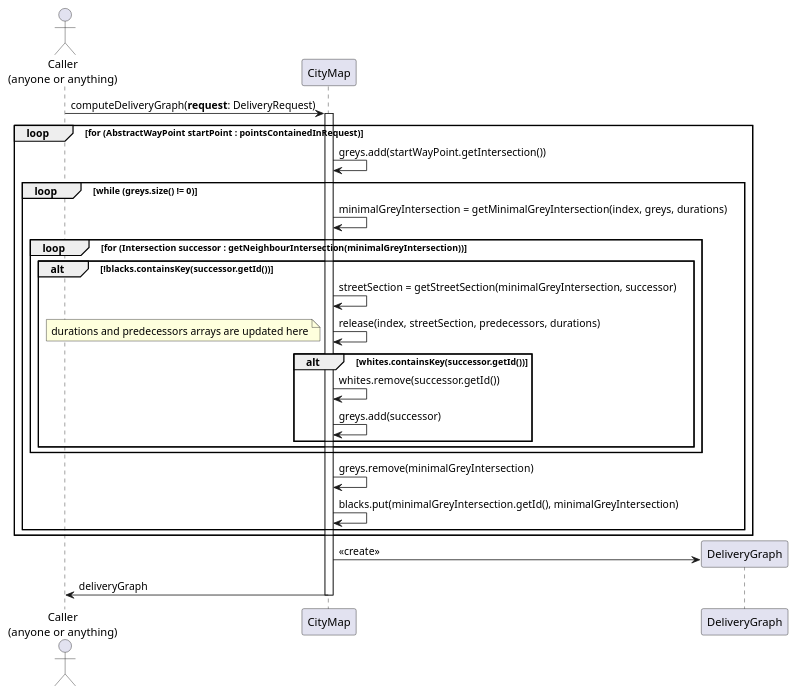
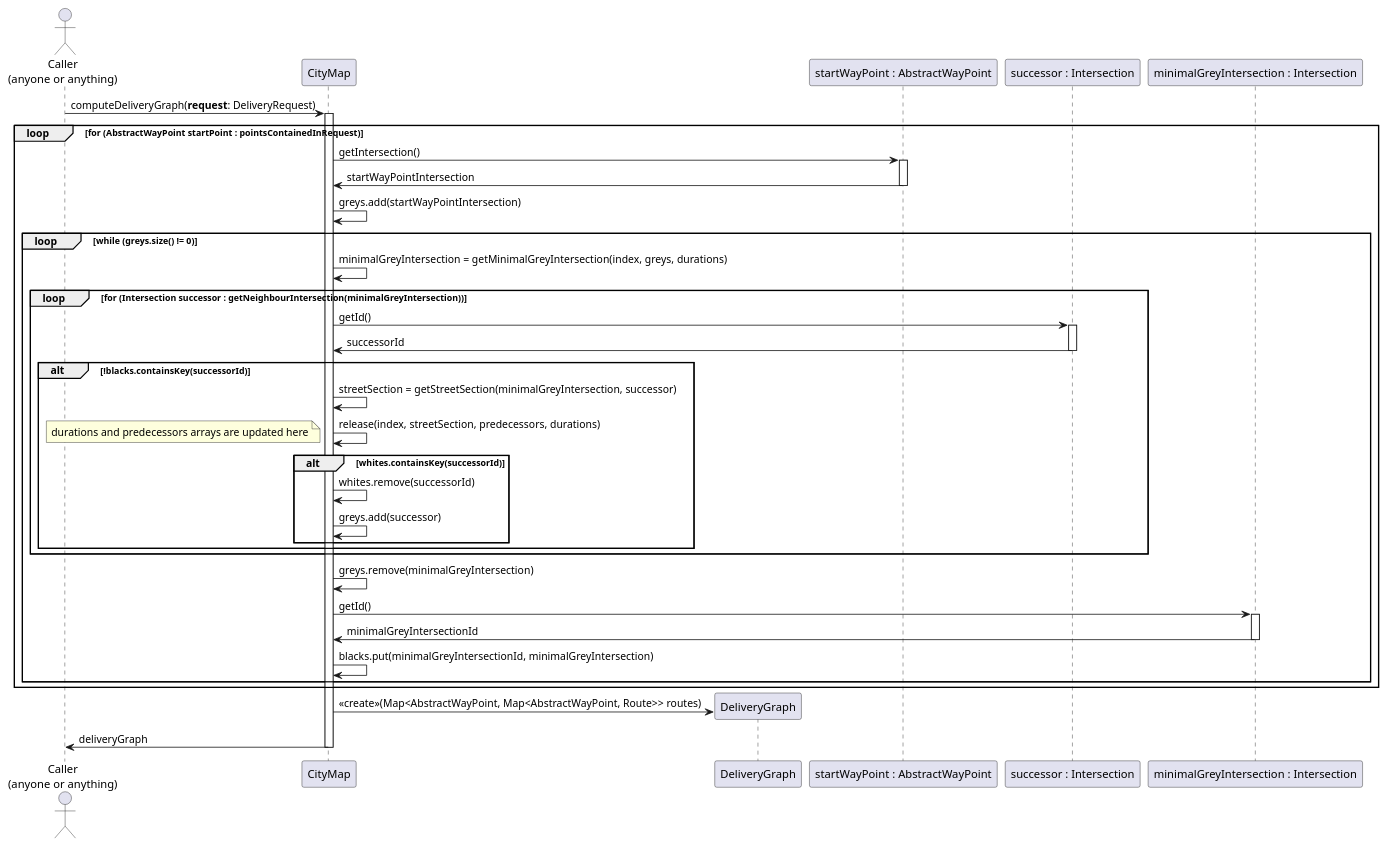
One commit to if-h4102/pld-agile changed the diagram in docs/uml/sequence-diagram-dijkstra.puml. Above: the diagram before and after it, drawn with PlantUML.

Commit message:
sequence-diagram-dijkstra updated.

```diff
--- a/docs/uml/sequence-diagram-dijkstra.puml
+++ b/docs/uml/sequence-diagram-dijkstra.puml
@@ -1,35 +1,50 @@
 @startuml
 actor "Caller\n(anyone or anything)" as CPS
 participant CityMap as CM
 participant DeliveryGraph as DG
+participant "startWayPoint : AbstractWayPoint" as SWP
+participant "successor : Intersection" as S
+participant "minimalGreyIntersection : Intersection" as MGI
 
 
 CPS -> CM : computeDeliveryGraph(**request**: DeliveryRequest)
 activate CM
 loop for (AbstractWayPoint startPoint : pointsContainedInRequest)
-    CM -> CM : greys.add(startWayPoint.getIntersection())
+    CM -> SWP : getIntersection()
+    activate SWP
+    CM <- SWP : startWayPointIntersection
+    deactivate SWP
+    CM -> CM : greys.add(startWayPointIntersection)
     loop while (greys.size() != 0)
         CM -> CM : minimalGreyIntersection = getMinimalGreyIntersection(index, greys, durations)
         loop for (Intersection successor : getNeighbourIntersection(minimalGreyIntersection))
-            alt !blacks.containsKey(successor.getId())
+            CM -> S : getId()
+            activate S
+            CM <- S : successorId
+            deactivate S
+            alt !blacks.containsKey(successorId)
                 CM -> CM : streetSection = getStreetSection(minimalGreyIntersection, successor)
                 CM -> CM : release(index, streetSection, predecessors, durations)
                 note left
                     durations and predecessors arrays are updated here
                 end note
-                alt whites.containsKey(successor.getId())
-                    CM -> CM : whites.remove(successor.getId())
+                alt whites.containsKey(successorId)
+                    CM -> CM : whites.remove(successorId)
                     CM -> CM : greys.add(successor)
                 end
             end
         end
         CM -> CM : greys.remove(minimalGreyIntersection)
-        CM -> CM : blacks.put(minimalGreyIntersection.getId(), minimalGreyIntersection)
+        CM -> MGI : getId()
+        activate MGI
+        CM <- MGI : minimalGreyIntersectionId
+        deactivate MGI
+        CM -> CM : blacks.put(minimalGreyIntersectionId, minimalGreyIntersection)
     end
 end
 create DG
-CM -> DG : <<create>>
+CM -> DG : <<create>>(Map<AbstractWayPoint, Map<AbstractWayPoint, Route>> routes)
 CPS <- CM : deliveryGraph
 deactivate CM
 
 @enduml
```
